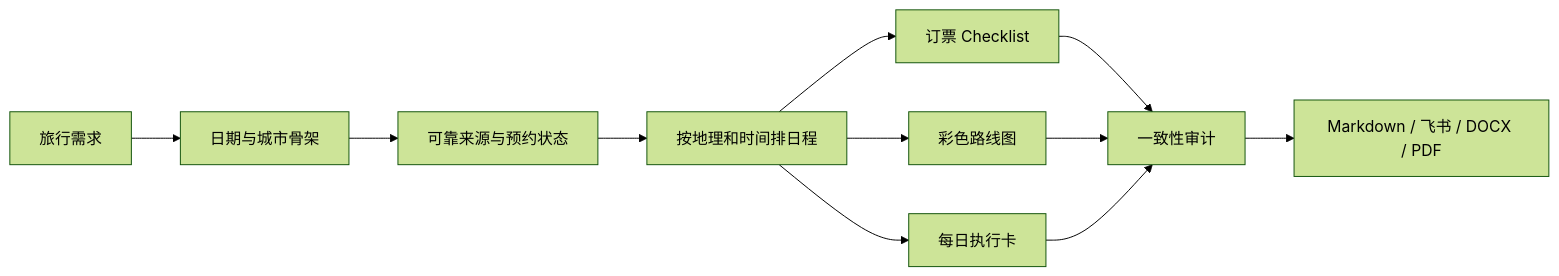
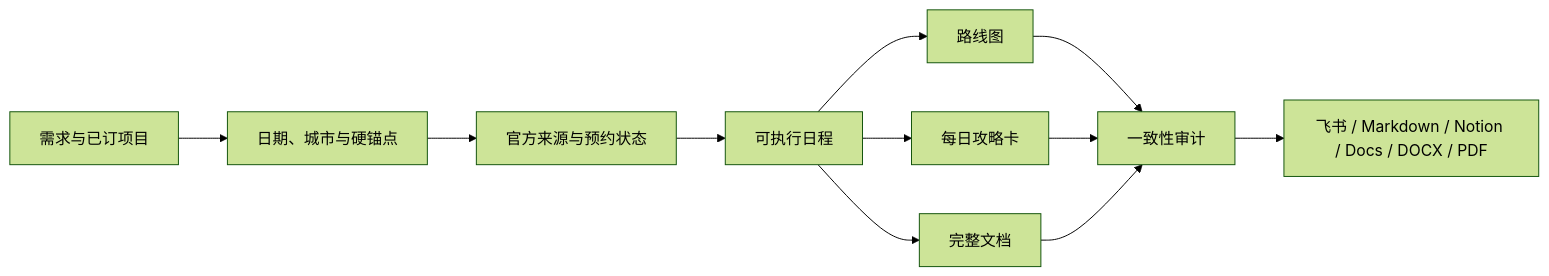
One commit to judefluen-coder/plan-and-maintain-trips changed the diagram in README.md. Above: the diagram before and after it, drawn with Mermaid (forest theme). The commit also changed other lines of this file and 6 other files, not shown here.

````diff
--- a/README.md
+++ b/README.md
@@ -38,13 +83,13 @@
 ```mermaid
 flowchart LR
-    A[旅行需求] --> B[日期与城市骨架]
-    B --> C[可靠来源与预约状态]
-    C --> D[按地理和时间排日程]
-    D --> E[订票 Checklist]
-    D --> F[彩色路线图]
-    D --> G[每日执行卡]
+    A[需求与已订项目] --> B[日期、城市与硬锚点]
+    B --> C[官方来源与预约状态]
+    C --> D[可执行日程]
+    D --> E[路线图]
+    D --> F[每日攻略卡]
+    D --> G[完整文档]
     E --> H[一致性审计]
     F --> H
     G --> H
-    H --> I[Markdown / 飞书 / DOCX / PDF]
+    H --> I[飞书 / Markdown / Notion / Docs / DOCX / PDF]
 ```
````
